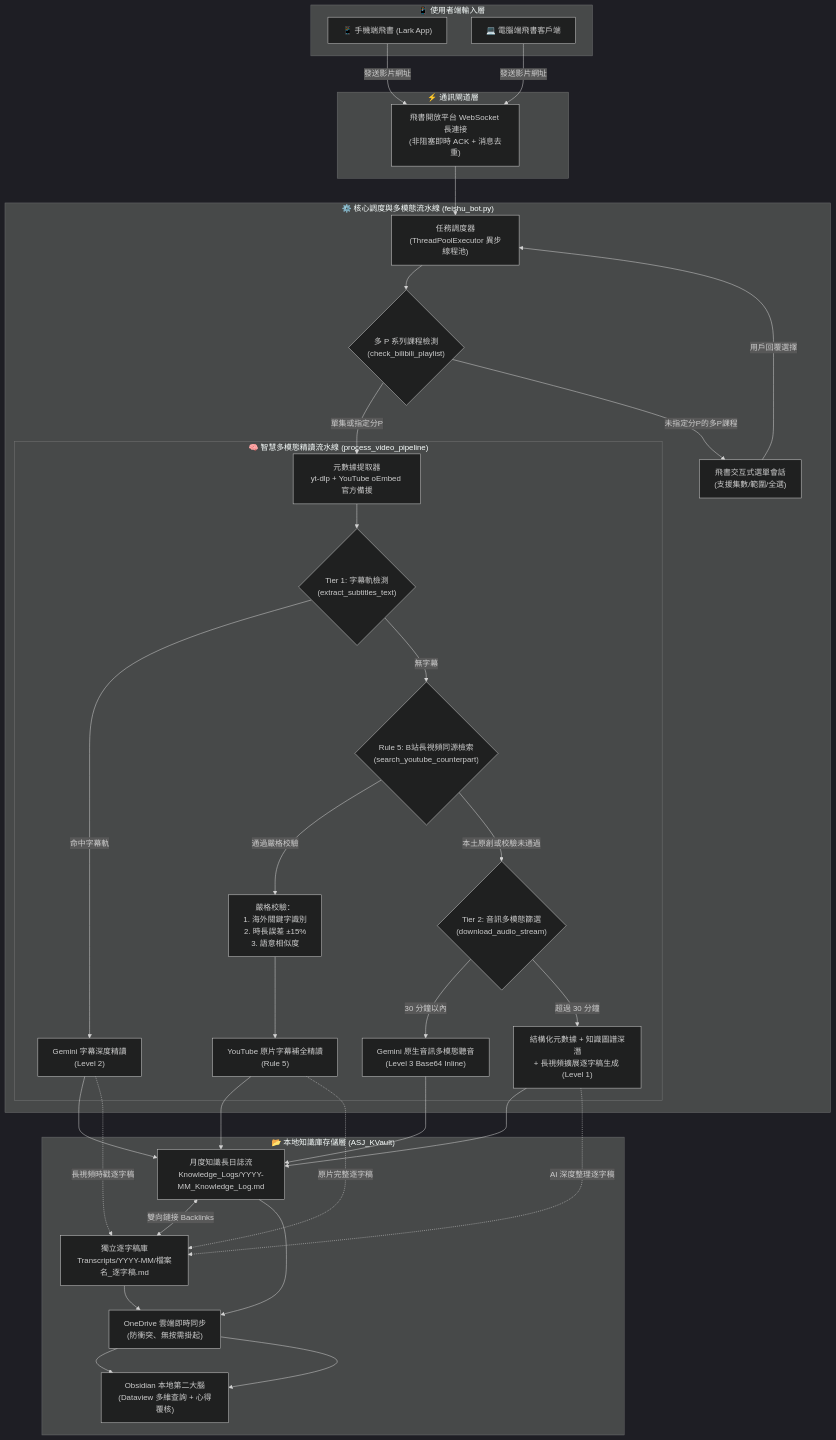
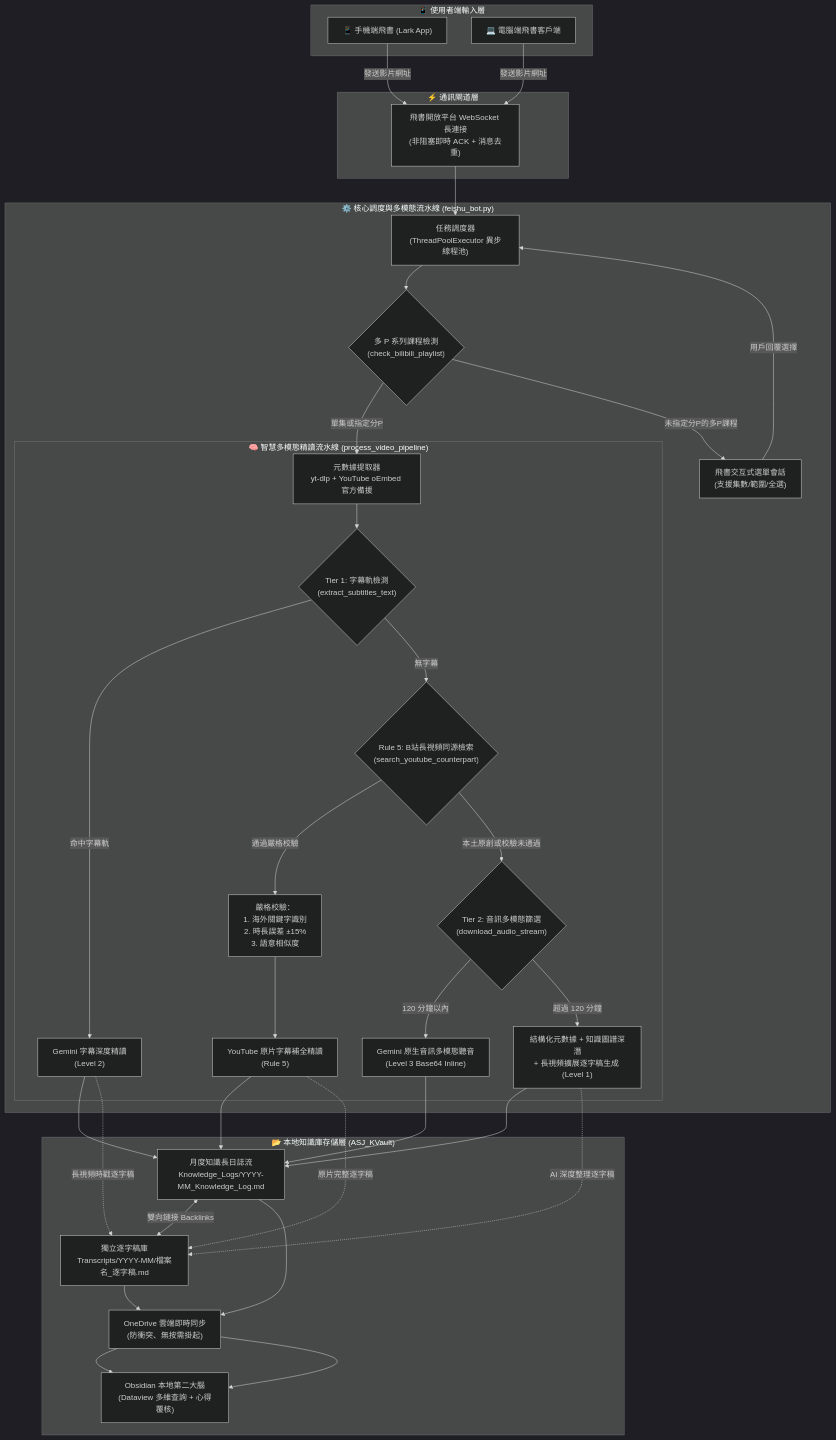
The first of 3 diagrams in README.md (asj252/Feishu-Obsidian-Pipeline), drawn with Mermaid (dark theme) before and after one commit. The commit also changed other lines of this file and 1 other file, not shown here.

Commit message:
feat: implement URL tracker cleaning (Rule 8) and upgrade Level 3 audio transcription with Gemini Files API and SSE streaming

````diff
--- a/README.md
+++ b/README.md
@@ -31,70 +31,70 @@
 ```mermaid
 flowchart TD
     subgraph ClientLayer ["📱 使用者端輸入層"]
         UserMobile["📱 手機端飛書 (Lark App)"]
         UserPC["💻 電腦端飛書客戶端"]
     end
 
     subgraph GatewayLayer ["⚡ 通訊閘道層"]
         FeishuWS["飛書開放平台 WebSocket 長連接<br/>(非阻塞即時 ACK + 消息去重)"]
     end
 
     subgraph CoreEngine ["⚙️ 核心調度與多模態流水線 (feishu_bot.py)"]
         Dispatcher["任務調度器<br/>(ThreadPoolExecutor 異步線程池)"]
         PlaylistRouter{"多 P 系列課程檢測<br/>(check_bilibili_playlist)"}
         InteractiveMenu["飛書交互式選單會話<br/>(支援集數/範圍/全選)"]
         
         subgraph Pipeline ["🧠 智慧多模態精讀流水線 (process_video_pipeline)"]
             MetaExtractor["元數據提取器<br/>yt-dlp + YouTube oEmbed 官方備援"]
             
             Tier1{"Tier 1: 字幕軌檢測<br/>(extract_subtitles_text)"}
             Tier1Gemini["Gemini 字幕深度精讀<br/>(Level 2)"]
             
             Rule5{"Rule 5: B站長視頻同源檢索<br/>(search_youtube_counterpart)"}
             Rule5Check["嚴格校驗：<br/>1. 海外關鍵字識別<br/>2. 時長誤差 ±15%<br/>3. 語意相似度"]
             Rule5Gemini["YouTube 原片字幕補全精讀<br/>(Rule 5)"]
             
             Tier2{"Tier 2: 音訊多模態篩選<br/>(download_audio_stream)"}
             Tier2Gemini["Gemini 原生音訊多模態聽音<br/>(Level 3 Base64 Inline)"]
             
             Tier3Gemini["結構化元數據 + 知識圖譜深潛<br/>+ 長視頻擴展逐字稿生成 (Level 1)"]
         end
     end
 
     subgraph StorageLayer ["📂 本地知識庫存儲層 (ASJ_KVault)"]
         MonthlyLog["月度知識長日誌流<br/>Knowledge_Logs/YYYY-MM_Knowledge_Log.md"]
         TranscriptLib["獨立逐字稿庫<br/>Transcripts/YYYY-MM/檔案名_逐字稿.md"]
         OneDrive["OneDrive 雲端即時同步<br/>(防衝突、無按需掛起)"]
         Obsidian["Obsidian 本地第二大腦<br/>(Dataview 多維查詢 + 心得覆核)"]
     end
 
     UserMobile -->|發送影片網址| FeishuWS
     UserPC -->|發送影片網址| FeishuWS
     FeishuWS --> Dispatcher
     Dispatcher --> PlaylistRouter
     PlaylistRouter -->|單集或指定分P| MetaExtractor
     PlaylistRouter -->|未指定分P的多P課程| InteractiveMenu
     InteractiveMenu -->|用戶回覆選擇| Dispatcher
 
     MetaExtractor --> Tier1
     Tier1 -->|命中字幕軌| Tier1Gemini
     Tier1 -->|無字幕| Rule5
     Rule5 -->|通過嚴格校驗| Rule5Check
     Rule5Check --> Rule5Gemini
     Rule5 -->|本土原創或校驗未通過| Tier2
-    Tier2 -->|30 分鐘以內| Tier2Gemini
-    Tier2 -->|超過 30 分鐘| Tier3Gemini
+    Tier2 -->|120 分鐘以內| Tier2Gemini
+    Tier2 -->|超過 120 分鐘| Tier3Gemini
 
     Tier1Gemini --> MonthlyLog
     Rule5Gemini --> MonthlyLog
     Tier2Gemini --> MonthlyLog
     Tier3Gemini --> MonthlyLog
 
     Tier1Gemini -.->|長視頻時戳逐字稿| TranscriptLib
     Rule5Gemini -.->|原片完整逐字稿| TranscriptLib
     Tier3Gemini -.->|AI 深度整理逐字稿| TranscriptLib
 
     MonthlyLog <-->|雙向鏈接 Backlinks| TranscriptLib
     MonthlyLog --> OneDrive --> Obsidian
     TranscriptLib --> OneDrive --> Obsidian
 ```
````
